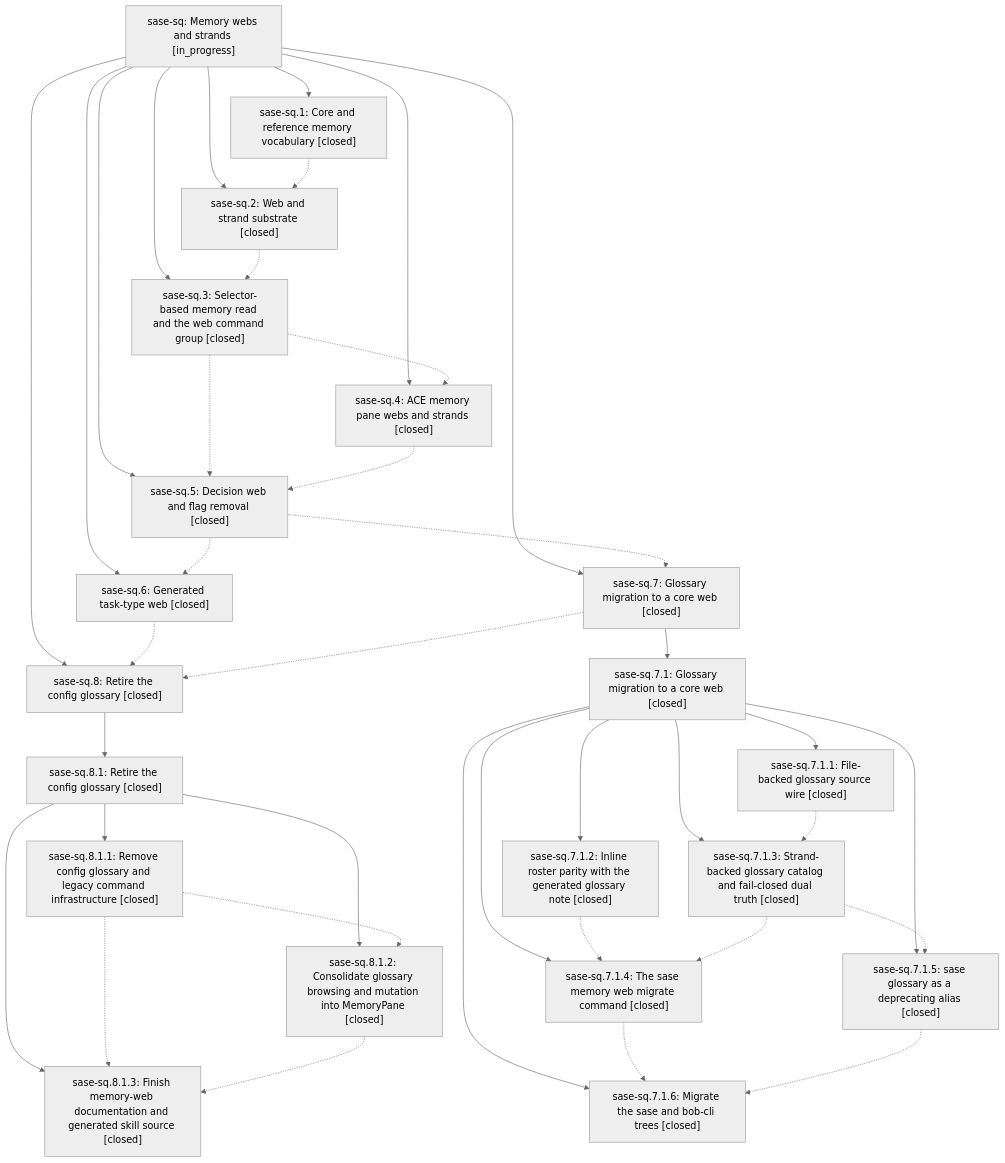
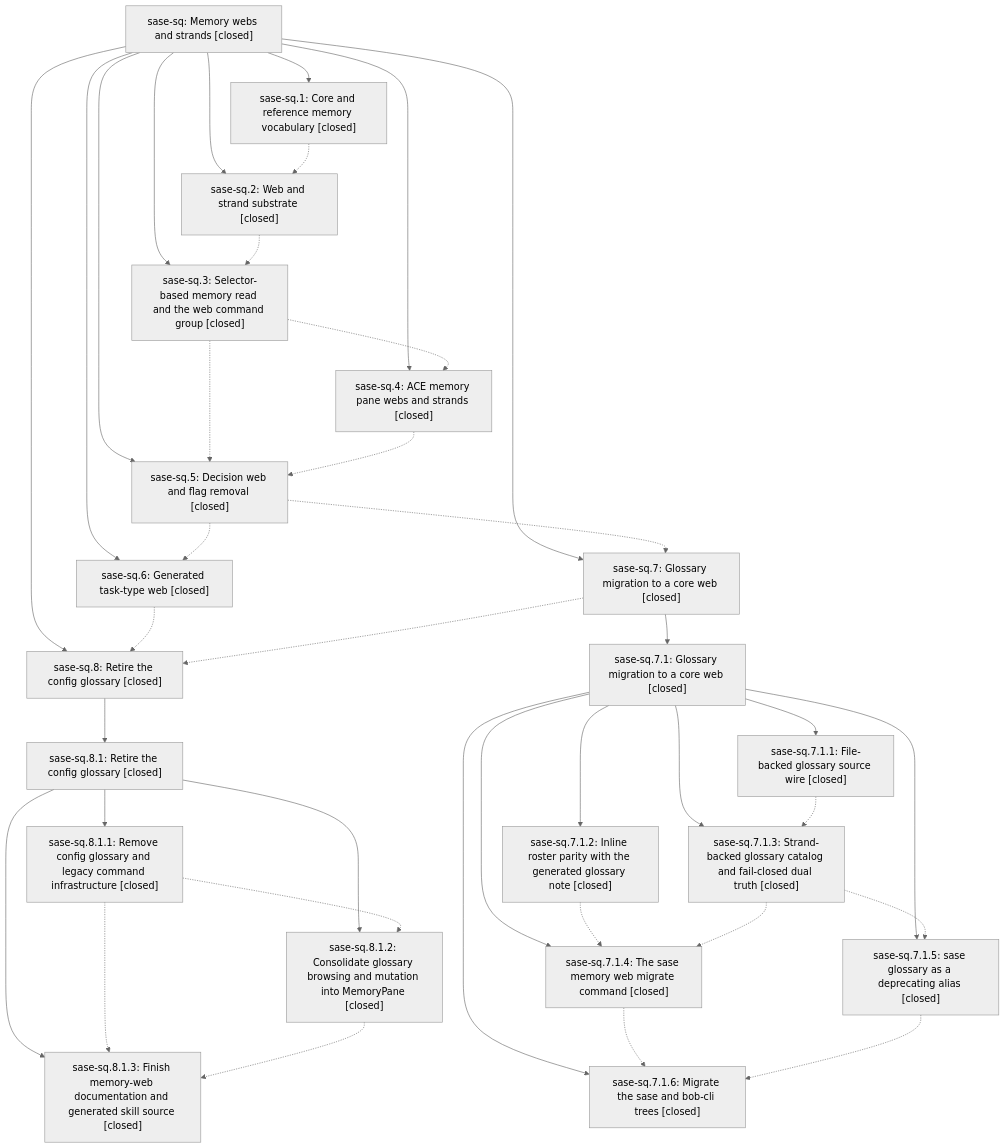
Before and after one commit to sase-org/sase--beads: the diagram in pages/sase-sq/README.md, drawn with Mermaid (neutral theme). The commit also changed other lines of this file, not shown here.

First line of the commit message:
chore(beads): sync bead state and pages for sase-sq

````diff
--- a/pages/sase-sq/README.md
+++ b/pages/sase-sq/README.md
@@ -37,60 +61,60 @@
 ```mermaid
 flowchart TD
-    n0["sase-sq: Memory webs and strands [in_progress]"]
+    n0["sase-sq: Memory webs and strands [closed]"]
     n1["sase-sq.1: Core and reference memory vocabulary [closed]"]
     n2["sase-sq.2: Web and strand substrate [closed]"]
     n3["sase-sq.3: Selector-based memory read and the web command group [closed]"]
     n4["sase-sq.4: ACE memory pane webs and strands [closed]"]
     n5["sase-sq.5: Decision web and flag removal [closed]"]
     n6["sase-sq.6: Generated task-type web [closed]"]
     n7["sase-sq.7: Glossary migration to a core web [closed]"]
     n8["sase-sq.7.1: Glossary migration to a core web [closed]"]
     n9["sase-sq.7.1.1: File-backed glossary source wire [closed]"]
     n10["sase-sq.7.1.2: Inline roster parity with the generated glossary note [closed]"]
     n11["sase-sq.7.1.3: Strand-backed glossary catalog and fail-closed dual truth [closed]"]
     n12["sase-sq.7.1.4: The sase memory web migrate command [closed]"]
     n13["sase-sq.7.1.5: sase glossary as a deprecating alias [closed]"]
     n14["sase-sq.7.1.6: Migrate the sase and bob-cli trees [closed]"]
     n15["sase-sq.8: Retire the config glossary [closed]"]
     n16["sase-sq.8.1: Retire the config glossary [closed]"]
     n17["sase-sq.8.1.1: Remove config glossary and legacy command infrastructure [closed]"]
     n18["sase-sq.8.1.2: Consolidate glossary browsing and mutation into MemoryPane [closed]"]
     n19["sase-sq.8.1.3: Finish memory-web documentation and generated skill source [closed]"]
     n0 --> n1
     n0 --> n2
     n0 --> n3
     n0 --> n4
     n0 --> n5
     n0 --> n6
     n0 --> n7
     n7 --> n8
     n8 --> n9
     n8 --> n10
     n8 --> n11
     n8 --> n12
     n8 --> n13
     n8 --> n14
     n0 --> n15
     n15 --> n16
     n16 --> n17
     n16 --> n18
     n16 --> n19
     n1 -.-> n2
     n2 -.-> n3
     n3 -.-> n4
     n3 -.-> n5
     n4 -.-> n5
     n5 -.-> n6
     n5 -.-> n7
     n6 -.-> n15
     n7 -.-> n15
     n9 -.-> n11
     n10 -.-> n12
     n11 -.-> n12
     n11 -.-> n13
     n12 -.-> n14
     n13 -.-> n14
     n17 -.-> n18
     n17 -.-> n19
     n18 -.-> n19
 ```
````
